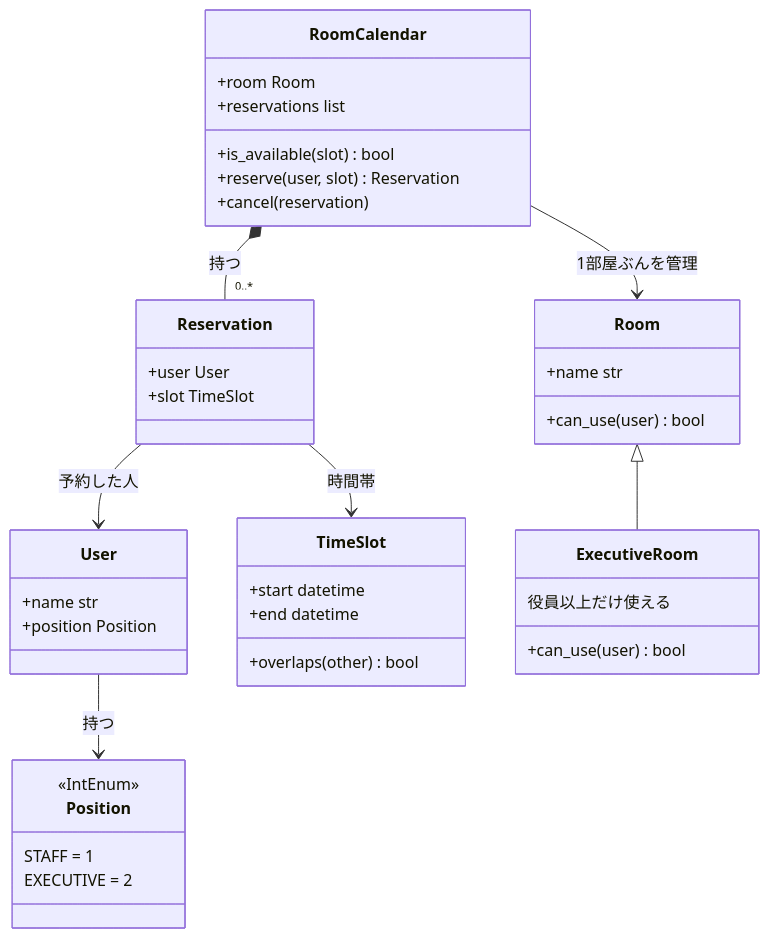
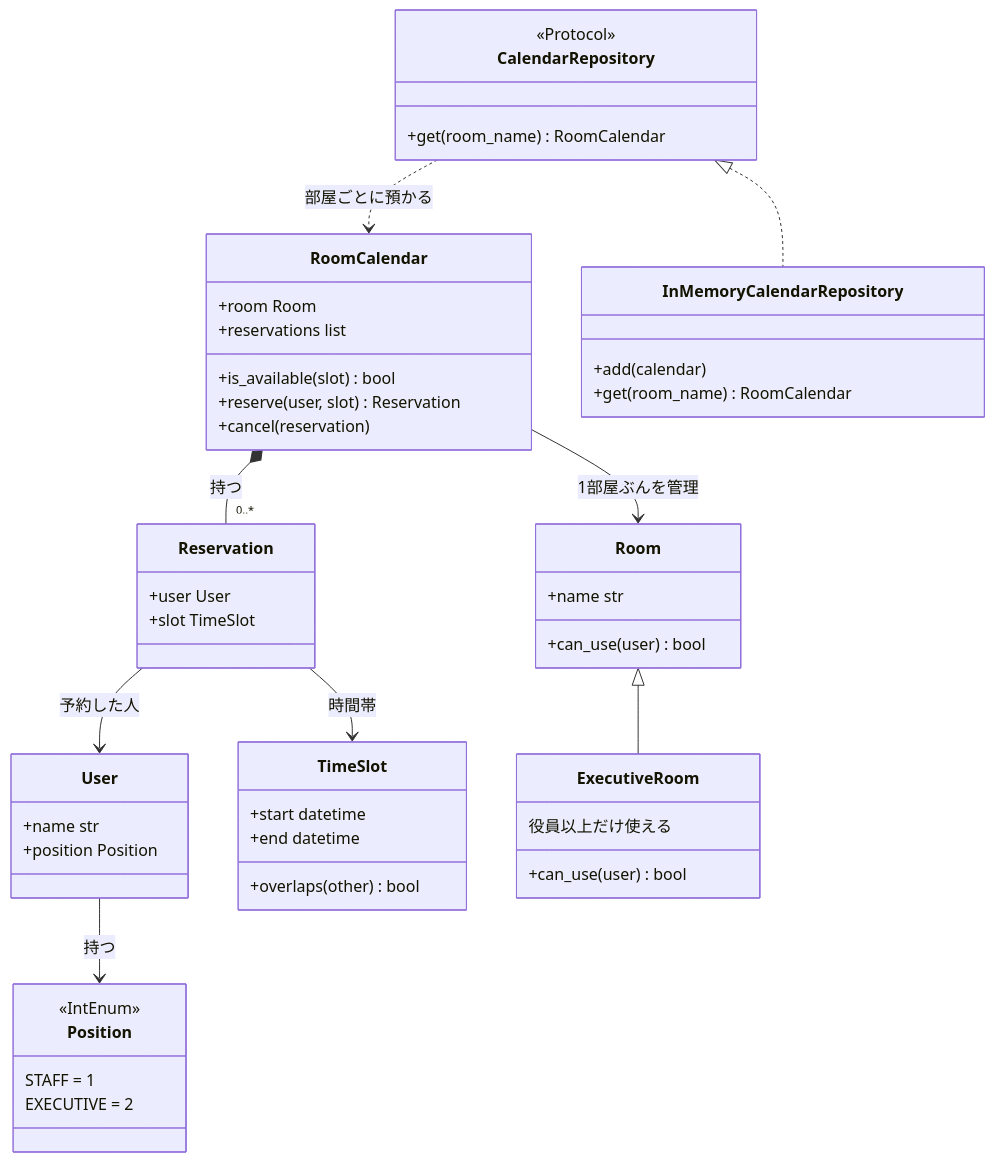
The diagram in 06_meeting_room_contracts/DESIGN.md (satoru-o/oop-learning-sandbox), drawn with Mermaid before and after one commit.

Commit message:
docs(06): クラス図に CalendarRepository を加える

````diff
--- a/06_meeting_room_contracts/DESIGN.md
+++ b/06_meeting_room_contracts/DESIGN.md
@@ -15,43 +15,53 @@
 ```mermaid
 classDiagram
     RoomCalendar --> Room : 1部屋ぶんを管理
     RoomCalendar *-- "0..*" Reservation : 持つ
     Reservation --> User : 予約した人
     Reservation --> TimeSlot : 時間帯
     User --> Position : 持つ
     Room <|-- ExecutiveRoom
+    CalendarRepository ..> RoomCalendar : 部屋ごとに預かる
+    CalendarRepository <|.. InMemoryCalendarRepository
 
     class TimeSlot {
         +start datetime
         +end datetime
         +overlaps(other) bool
     }
     class Position {
         <<IntEnum>>
         STAFF = 1
         EXECUTIVE = 2
     }
     class User {
         +name str
         +position Position
     }
     class Room {
         +name str
         +can_use(user) bool
     }
     class ExecutiveRoom {
         役員以上だけ使える
         +can_use(user) bool
     }
     class Reservation {
         +user User
         +slot TimeSlot
     }
     class RoomCalendar {
         +room Room
         +reservations list
         +is_available(slot) bool
         +reserve(user, slot) Reservation
         +cancel(reservation)
     }
+    class CalendarRepository {
+        <<Protocol>>
+        +get(room_name) RoomCalendar
+    }
+    class InMemoryCalendarRepository {
+        +add(calendar)
+        +get(room_name) RoomCalendar
+    }
 ```
````
